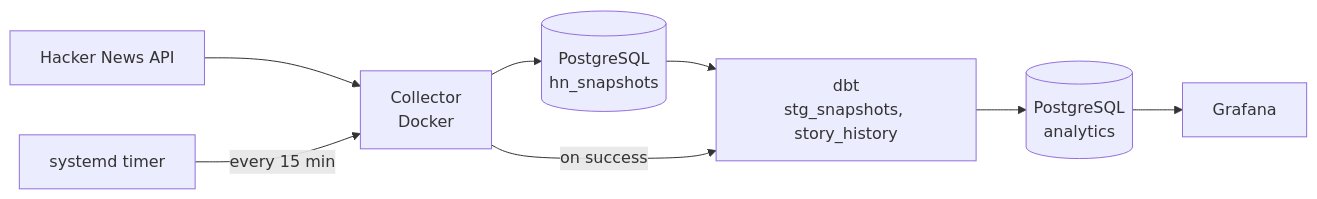
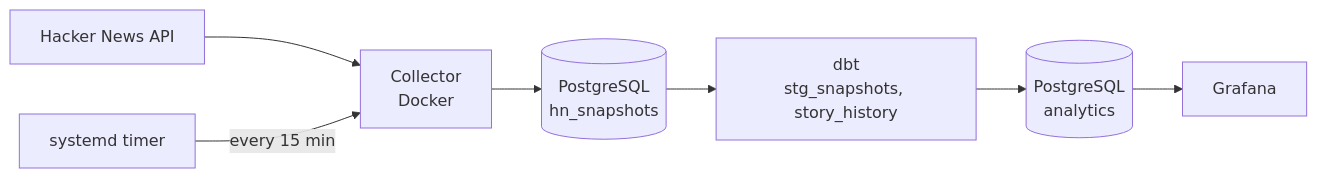
One commit to Sarvesh-0519/Hacker_News_Dashboard changed the diagram in README.md. Above: the diagram before and after it, drawn with Mermaid.

````diff
--- a/README.md
+++ b/README.md
@@ -9,10 +9,9 @@
 ```mermaid
 flowchart LR
     API[Hacker News API] --> C[Collector<br/>Docker]
     T[systemd timer] -->|every 15 min| C
     C --> PG[(PostgreSQL<br/>hn_snapshots)]
     PG --> D[dbt<br/>stg_snapshots, story_history]
     D --> PG2[(PostgreSQL<br/>analytics)]
     PG2 --> G[Grafana]
-    C -->|on success| D
 ```
````
